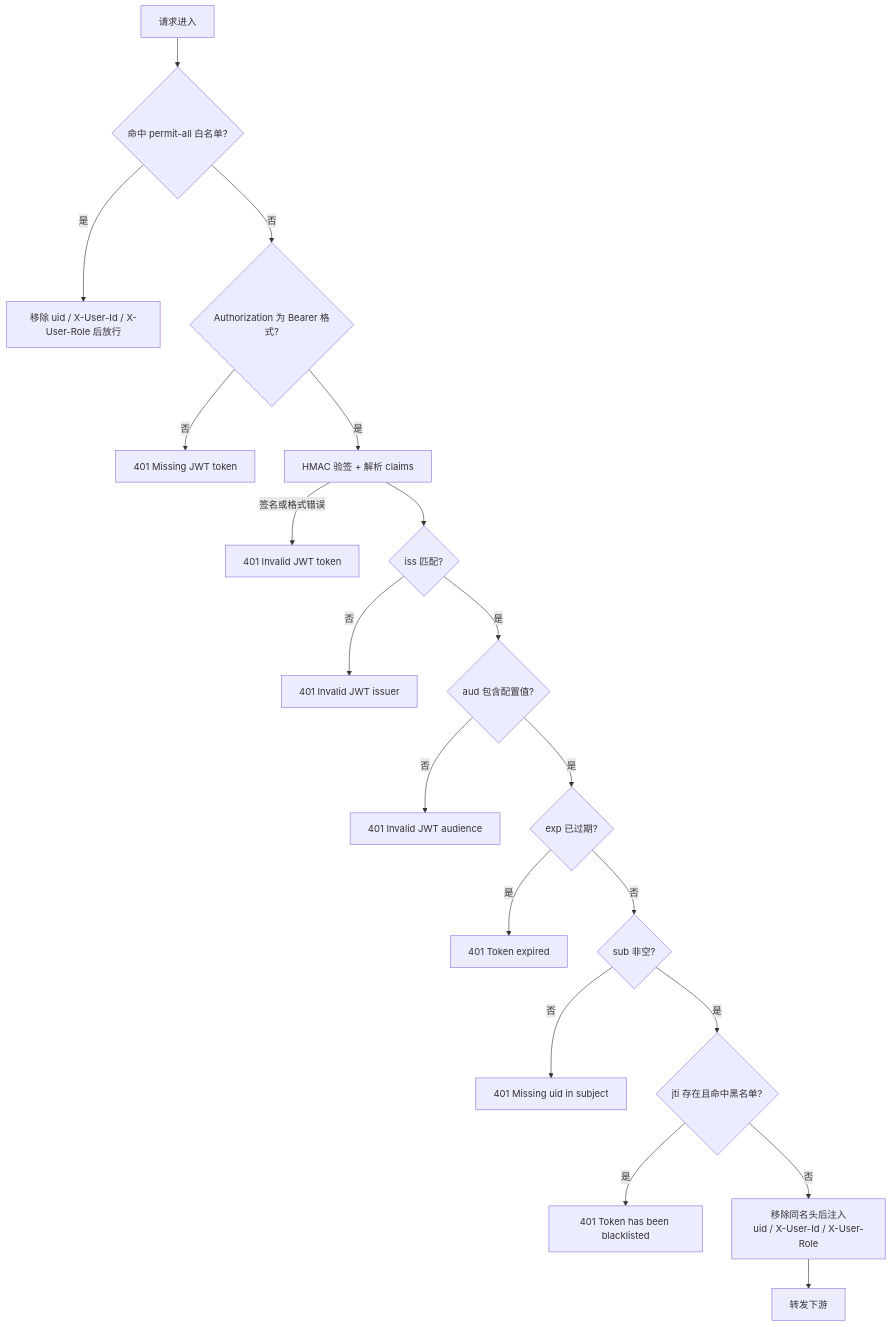
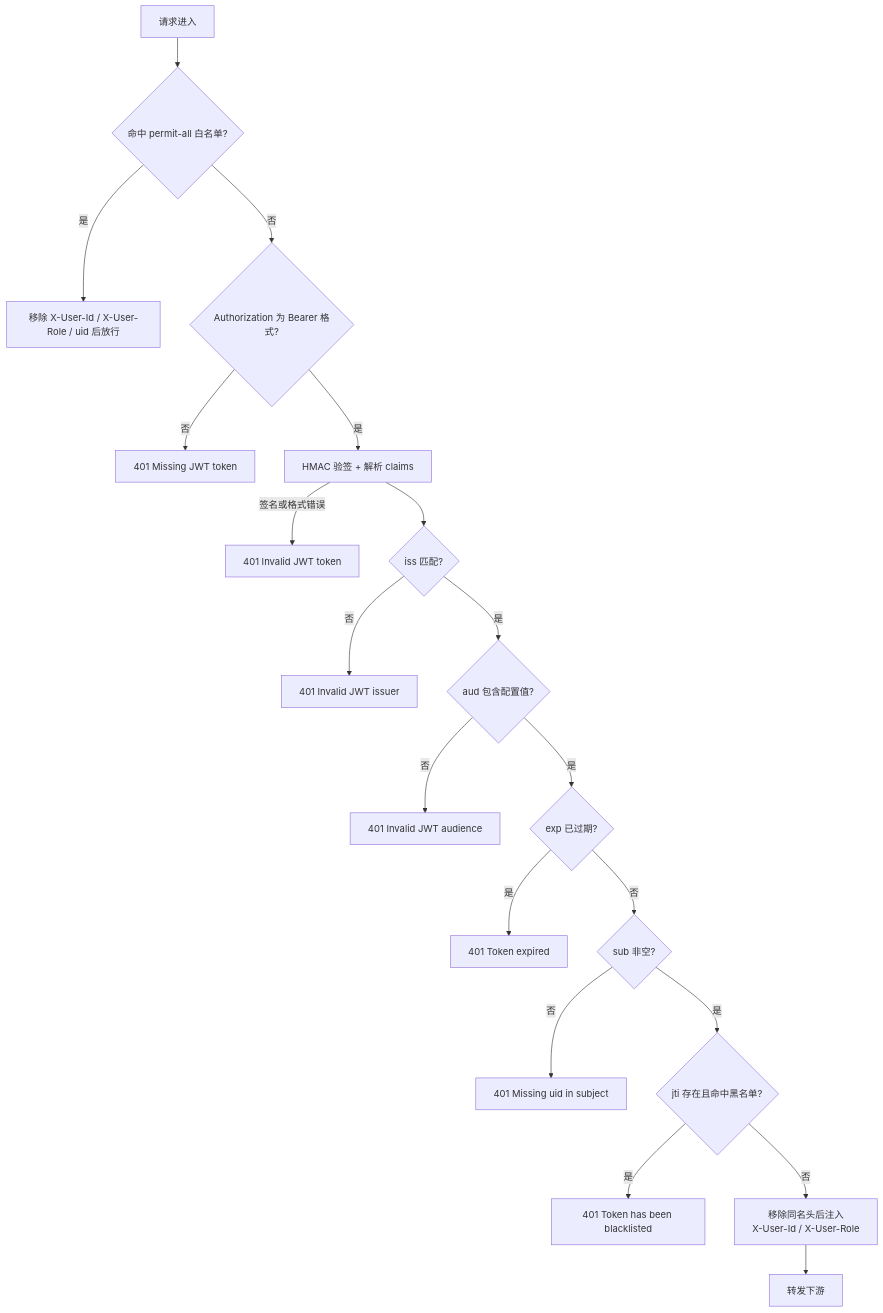
Before and after one commit to YunfeiSHU/media-community: the fourth of 6 diagrams in gateway-service/技术文档.md, drawn with Mermaid. The commit also changed other lines of this file and 5 other files, not shown here.

First line of the commit message:
feat: 身份头统一为 X-User-Id/X-User-Role，401 响应码对齐 40101

````diff
--- a/gateway-service/技术文档.md
+++ b/gateway-service/技术文档.md
@@ -394,21 +398,21 @@
 ```mermaid
 flowchart TD
     S[请求进入] --> P{命中 permit-all 白名单?}
-    P -->|是| PASS["移除 uid / X-User-Id / X-User-Role 后放行"]
+    P -->|是| PASS["移除 X-User-Id / X-User-Role / uid 后放行"]
     P -->|否| T{Authorization 为 Bearer 格式?}
     T -->|否| E1["401 Missing JWT token"]
     T -->|是| SIG[HMAC 验签 + 解析 claims]
     SIG -->|签名或格式错误| E2["401 Invalid JWT token"]
     SIG --> ISS{iss 匹配?}
     ISS -->|否| E3["401 Invalid JWT issuer"]
     ISS -->|是| AUD{aud 包含配置值?}
     AUD -->|否| E4["401 Invalid JWT audience"]
     AUD -->|是| EXP{exp 已过期?}
     EXP -->|是| E5["401 Token expired"]
     EXP -->|否| SUB{sub 非空?}
     SUB -->|否| E6["401 Missing uid in subject"]
     SUB -->|是| BL{"jti 存在且命中黑名单?"}
     BL -->|是| E7["401 Token has been blacklisted"]
-    BL -->|否| INJ["移除同名头后注入<br/>uid / X-User-Id / X-User-Role"]
+    BL -->|否| INJ["移除同名头后注入<br/>X-User-Id / X-User-Role"]
     INJ --> FWD[转发下游]
 ```
````
